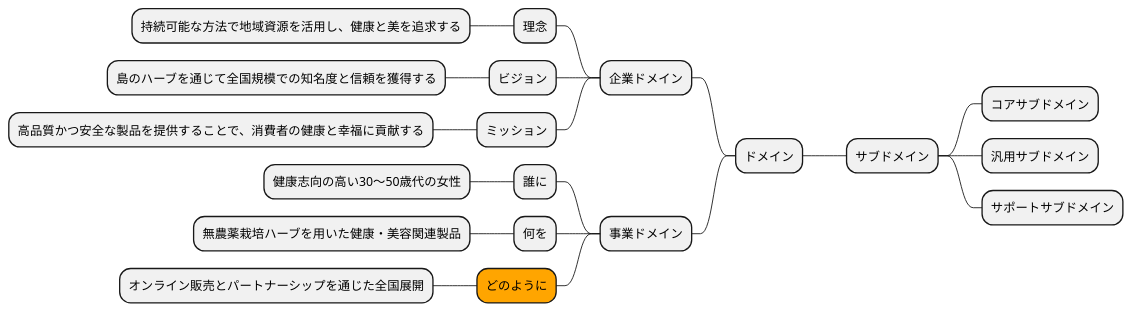
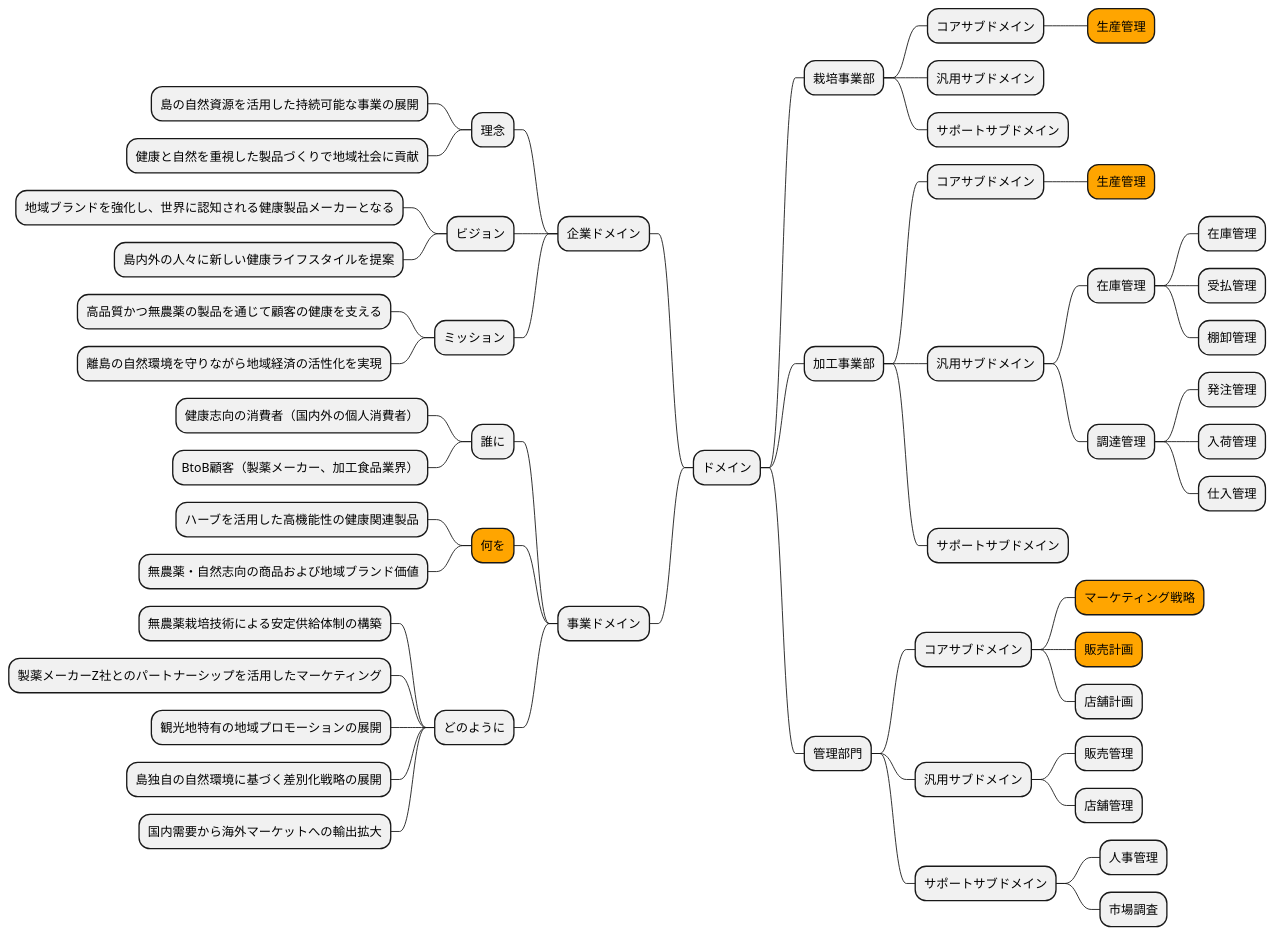
Before and after one commit to k2works/case-study-business-analysis: diagram 16 of 19 in docs/case/r02_case_2.adoc, drawn with PlantUML. The commit also changed other lines of this file, not shown here.

```diff
--- a/docs/case/r02_case_2.adoc
+++ b/docs/case/r02_case_2.adoc
@@ -845,31 +943,65 @@
 [plantuml]
 ----
 @startmindmap
 
 * ドメイン
 
 left side
 ** 企業ドメイン
 *** 理念
-**** 持続可能な方法で地域資源を活用し、健康と美を追求する
+**** 島の自然資源を活用した持続可能な事業の展開
+**** 健康と自然を重視した製品づくりで地域社会に貢献
 *** ビジョン
-**** 島のハーブを通じて全国規模での知名度と信頼を獲得する
+**** 地域ブランドを強化し、世界に認知される健康製品メーカーとなる
+**** 島内外の人々に新しい健康ライフスタイルを提案
 *** ミッション
-**** 高品質かつ安全な製品を提供することで、消費者の健康と幸福に貢献する
+**** 高品質かつ無農薬の製品を通じて顧客の健康を支える
+**** 離島の自然環境を守りながら地域経済の活性化を実現
 ** 事業ドメイン
 *** 誰に
-**** 健康志向の高い30～50歳代の女性
-*** 何を
-**** 無農薬栽培ハーブを用いた健康・美容関連製品
-***[#orange] どのように
-**** オンライン販売とパートナーシップを通じた全国展開
+**** 健康志向の消費者（国内外の個人消費者）
+**** BtoB顧客（製薬メーカー、加工食品業界）
+***[#orange] 何を
+**** ハーブを活用した高機能性の健康関連製品
+**** 無農薬・自然志向の商品および地域ブランド価値
+*** どのように
+**** 無農薬栽培技術による安定供給体制の構築
+**** 製薬メーカーZ社とのパートナーシップを活用したマーケティング
+**** 観光地特有の地域プロモーションの展開
+**** 島独自の自然環境に基づく差別化戦略の展開
+**** 国内需要から海外マーケットへの輸出拡大
 
 right side
 
-** サブドメイン
+** 栽培事業部
 *** コアサブドメイン
+****[#orange] 生産管理
 *** 汎用サブドメイン
 *** サポートサブドメイン
+** 加工事業部
+*** コアサブドメイン
+****[#orange] 生産管理
+*** 汎用サブドメイン
+**** 在庫管理
+***** 在庫管理
+***** 受払管理
+***** 棚卸管理
+**** 調達管理
+***** 発注管理
+***** 入荷管理
+***** 仕入管理
+*** サポートサブドメイン
+** 管理部門
+*** コアサブドメイン
+****[#orange] マーケティング戦略
+****[#orange] 販売計画
+**** 店舗計画
+*** 汎用サブドメイン
+**** 販売管理
+**** 店舗管理
+*** サポートサブドメイン
+**** 人事管理
+**** 市場調査
 
 @endmindmap
 ----
```
